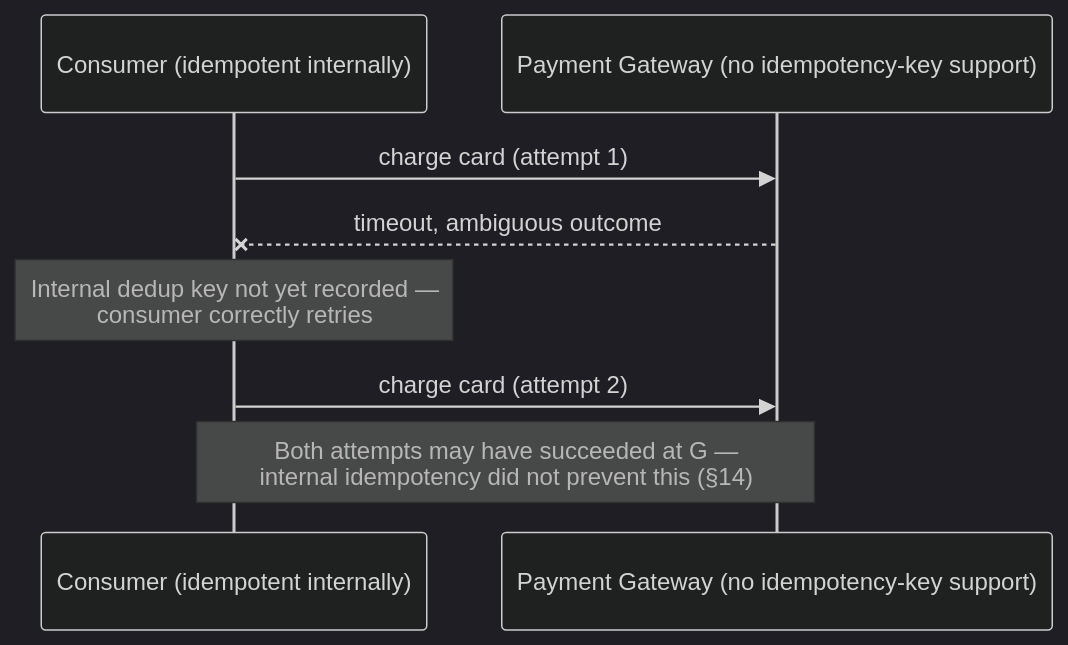
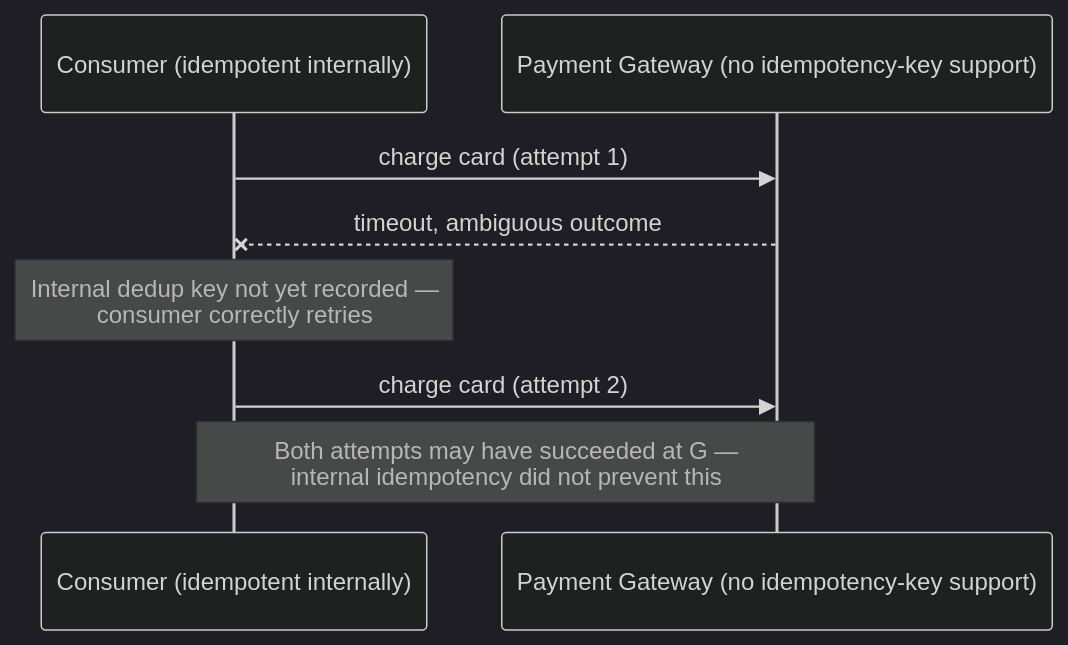
The third of 4 diagrams in 18-Event-Driven-Architecture/06-Idempotency-ExactlyOnce-Deduplication-At-Scale.md (umashankarp/InterviewQuestions), drawn with Mermaid (dark theme) before and after one commit. The commit also changed other lines of this file and 173 other files, not shown here.

````diff
--- a/18-Event-Driven-Architecture/06-Idempotency-ExactlyOnce-Deduplication-At-Scale.md
+++ b/18-Event-Driven-Architecture/06-Idempotency-ExactlyOnce-Deduplication-At-Scale.md
@@ -81,11 +81,11 @@
 ```mermaid
 sequenceDiagram
-    participant C as Consumer (idempotent internally)
-    participant G as Payment Gateway (no idempotency-key support)
+ participant C as Consumer (idempotent internally)
+ participant G as Payment Gateway (no idempotency-key support)
 
-    C->>G: charge card (attempt 1)
-    G--xC: timeout, ambiguous outcome
-    Note over C: Internal dedup key not yet recorded —<br/>consumer correctly retries
-    C->>G: charge card (attempt 2)
-    Note over C,G: Both attempts may have succeeded at G —<br/>internal idempotency did not prevent this (§14)
+ C->>G: charge card (attempt 1)
+ G--xC: timeout, ambiguous outcome
+ Note over C: Internal dedup key not yet recorded —<br/>consumer correctly retries
+ C->>G: charge card (attempt 2)
+ Note over C,G: Both attempts may have succeeded at G —<br/>internal idempotency did not prevent this
 ```
````
